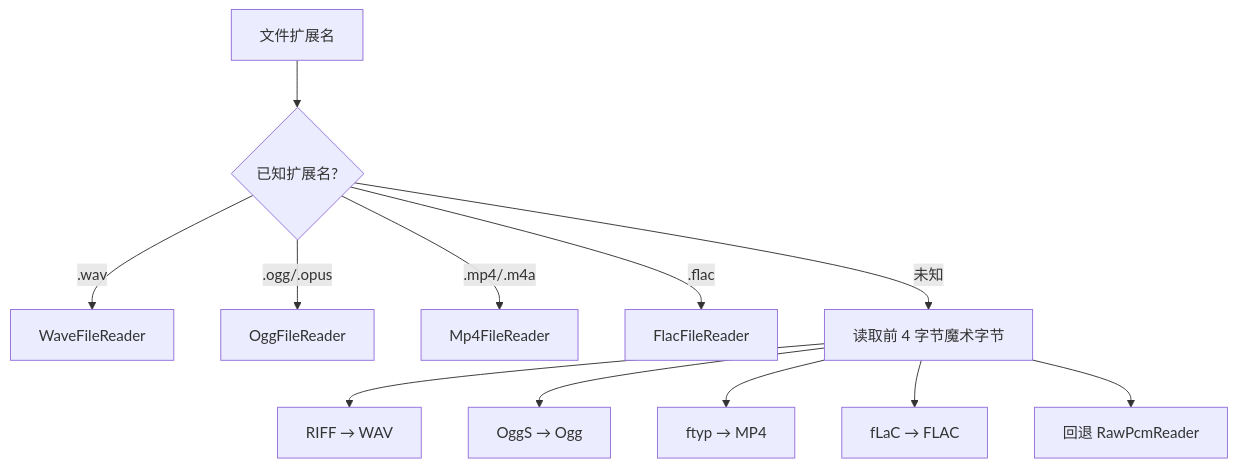
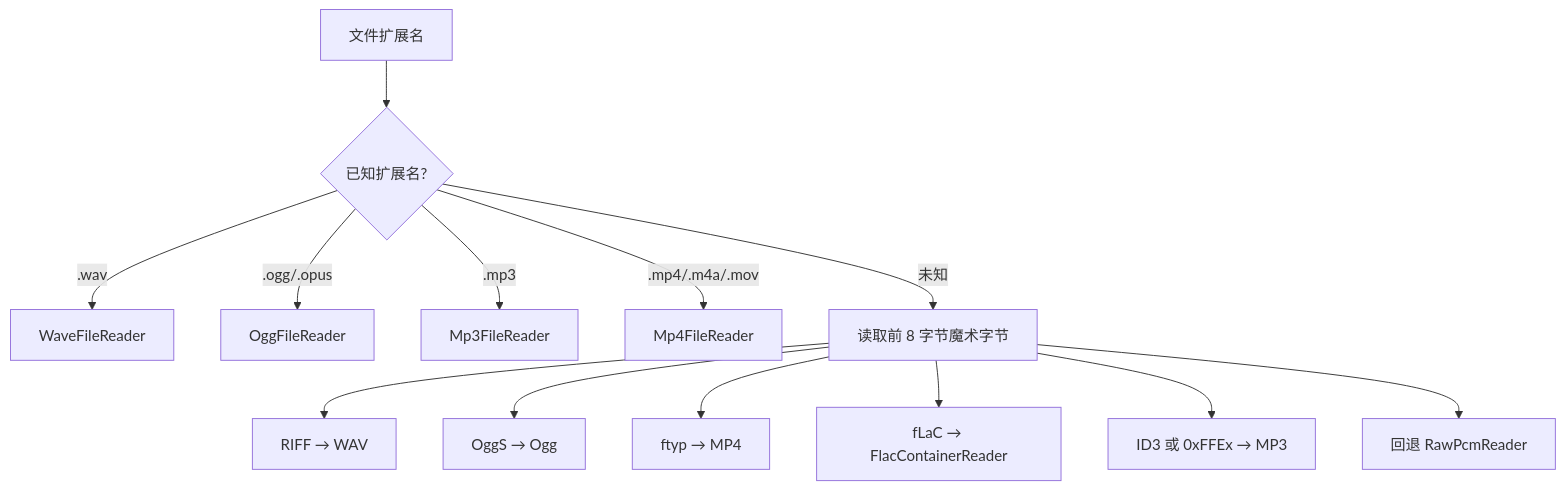
One commit to NewLifeX/NewLife.Audio changed the third of 3 diagrams in Doc/CONT-容器格式.md. Above: the diagram before and after it, drawn with Mermaid. The commit also changed other lines of this file and 13 other files, not shown here.

````diff
--- a/Doc/CONT-容器格式.md
+++ b/Doc/CONT-容器格式.md
@@ -81,14 +85,15 @@
 ```mermaid
 flowchart TD
     A[文件扩展名] --> B{已知扩展名?}
     B -->|.wav| C[WaveFileReader]
     B -->|.ogg/.opus| D[OggFileReader]
-    B -->|.mp4/.m4a| E[Mp4FileReader]
-    B -->|.flac| F[FlacFileReader]
-    B -->|未知| G[读取前 4 字节魔术字节]
+    B -->|.mp3| M[Mp3FileReader]
+    B -->|.mp4/.m4a/.mov| E[Mp4FileReader]
+    B -->|未知| G[读取前 8 字节魔术字节]
     G --> H["RIFF" → WAV]
     G --> I["OggS" → Ogg]
     G --> J["ftyp" → MP4]
-    G --> K["fLaC" → FLAC]
+    G --> K["fLaC" → FlacContainerReader]
+    G --> N["ID3 或 0xFFEx → MP3"]
     G --> L[回退 RawPcmReader]
 ```
````
